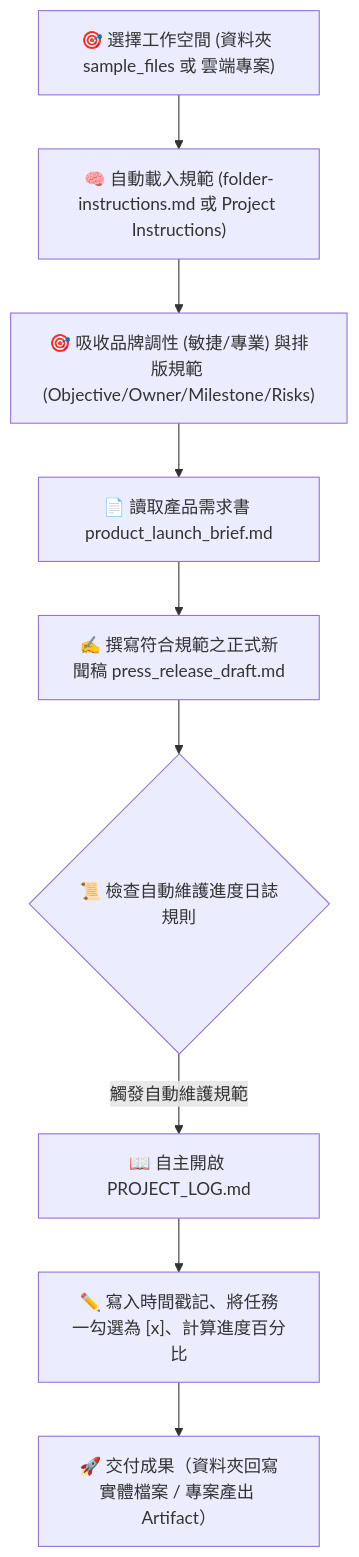
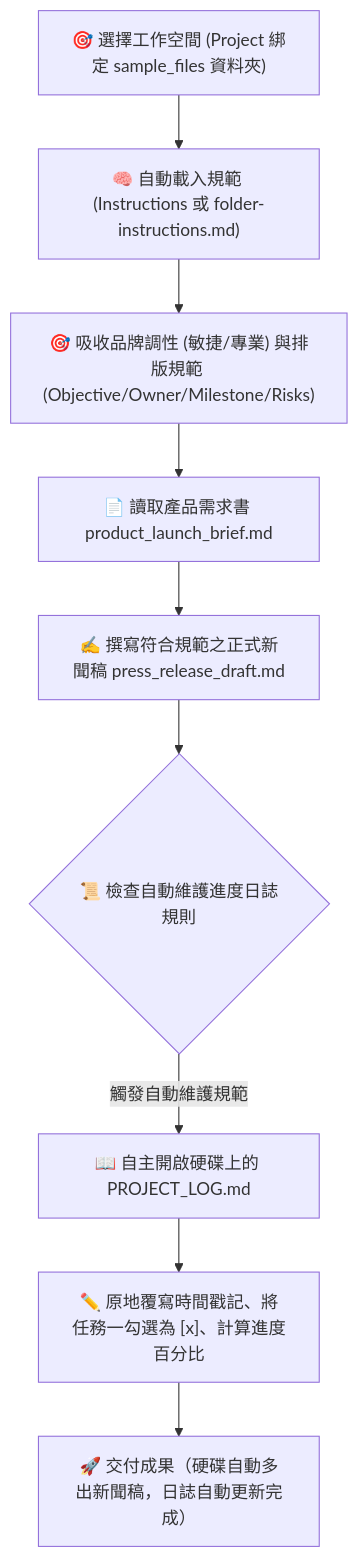
Before and after one commit to roberthsu2003/workflow-productivity: the second of 2 diagrams in Claude_ai/cowork/Examples/05_Folder_Instructions_Project/README.md, drawn with Mermaid. The commit also changed other lines of this file, not shown here.

````diff
--- a/Claude_ai/cowork/Examples/05_Folder_Instructions_Project/README.md
+++ b/Claude_ai/cowork/Examples/05_Folder_Instructions_Project/README.md
@@ -97,12 +154,12 @@
 ```mermaid
 flowchart TD
-    Start["🎯 選擇工作空間 (資料夾 sample_files 或 雲端專案)"] --> AutoLoad["🧠 自動載入規範 (folder-instructions.md 或 Project Instructions)"]
+    Start["🎯 選擇工作空間 (Project 綁定 sample_files 資料夾)"] --> AutoLoad["🧠 自動載入規範 (Instructions 或 folder-instructions.md)"]
     AutoLoad --> Adopt["🎯 吸收品牌調性 (敏捷/專業) 與排版規範 (Objective/Owner/Milestone/Risks)"]
     Adopt --> ReadBrief["📄 讀取產品需求書 product_launch_brief.md"]
     GenPR["✍️ 撰寫符合規範之正式新聞稿 press_release_draft.md"]
     ReadBrief --> GenPR
     GenPR --> CheckRule{"📜 檢查自動維護進度日誌規則"}
-    CheckRule -->|觸發自動維護規範| OpenLog["📖 自主開啟 PROJECT_LOG.md"]
-    OpenLog --> UpdateLog["✏️ 寫入時間戳記、將任務一勾選為 [x]、計算進度百分比"]
-    UpdateLog --> Deliver["🚀 交付成果（資料夾回寫實體檔案 / 專案產出 Artifact）"]
+    CheckRule -->|觸發自動維護規範| OpenLog["📖 自主開啟硬碟上的 PROJECT_LOG.md"]
+    OpenLog --> UpdateLog["✏️ 原地覆寫時間戳記、將任務一勾選為 [x]、計算進度百分比"]
+    UpdateLog --> Deliver["🚀 交付成果（硬碟自動多出新聞稿，日誌自動更新完成）"]
 ```
````
